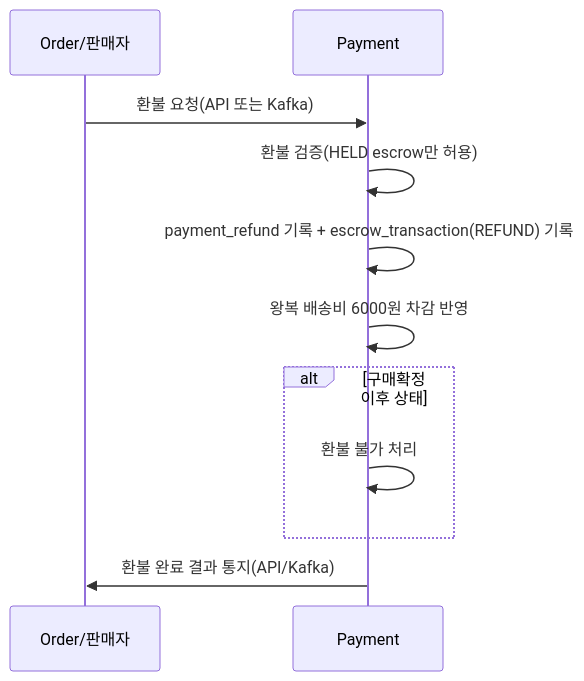
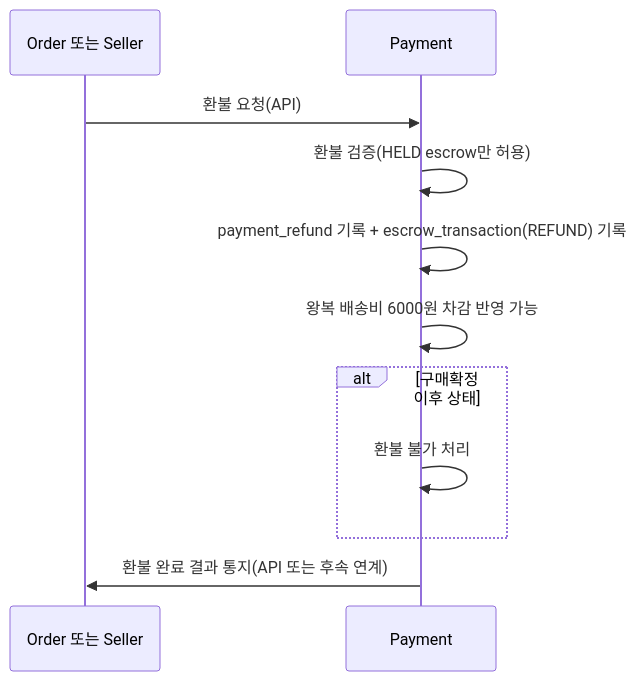
One commit to sihoney/GoodsMall_BE changed the second of 2 diagrams in payment/docs/결제_정산환불_흐름_가이드.md. Above: the diagram before and after it, drawn with Mermaid. The commit also changed other lines of this file and 2 other files, not shown here.

````diff
--- a/payment/docs/결제_정산환불_흐름_가이드.md
+++ b/payment/docs/결제_정산환불_흐름_가이드.md
@@ -42,14 +66,14 @@
 ```mermaid
 sequenceDiagram
-    participant O as Order/판매자
+    participant O as Order 또는 Seller
     participant P as Payment
 
-    O->>P: 환불 요청(API 또는 Kafka)
+    O->>P: 환불 요청(API)
     P->>P: 환불 검증(HELD escrow만 허용)
     P->>P: payment_refund 기록 + escrow_transaction(REFUND) 기록
-    P->>P: 왕복 배송비 6000원 차감 반영
+    P->>P: 왕복 배송비 6000원 차감 반영 가능
     alt 구매확정 이후 상태
         P->>P: 환불 불가 처리
     end
-    P->>O: 환불 완료 결과 통지(API/Kafka)
+    P->>O: 환불 완료 결과 통지(API 또는 후속 연계)
 ```
````
